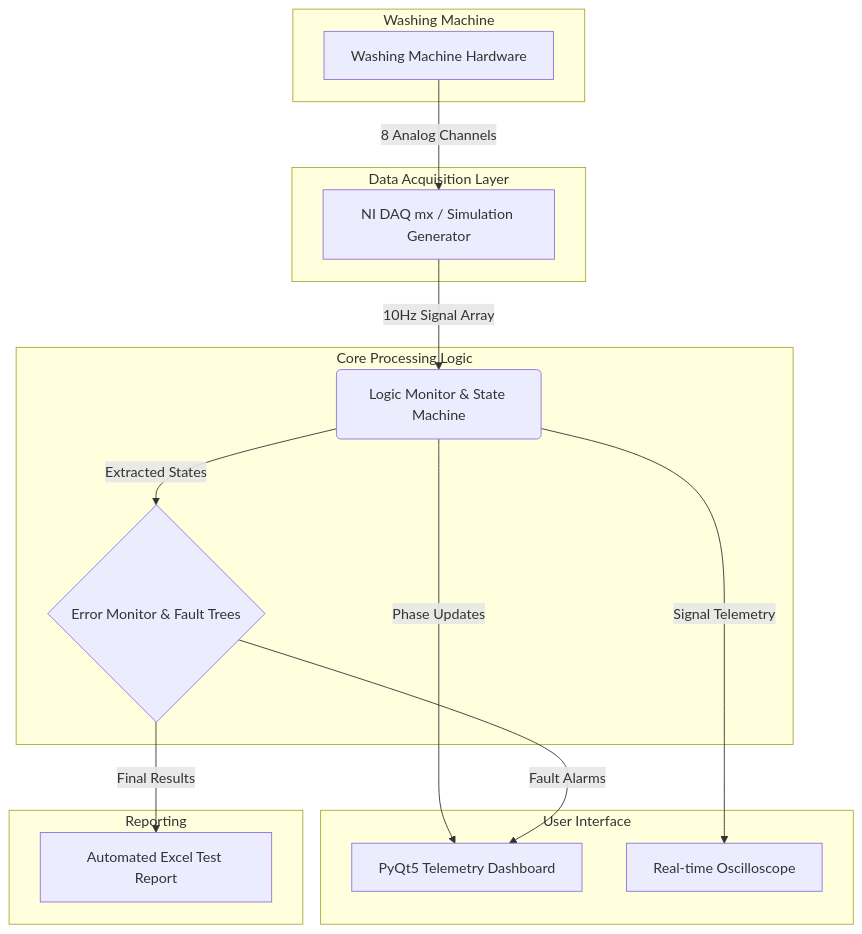
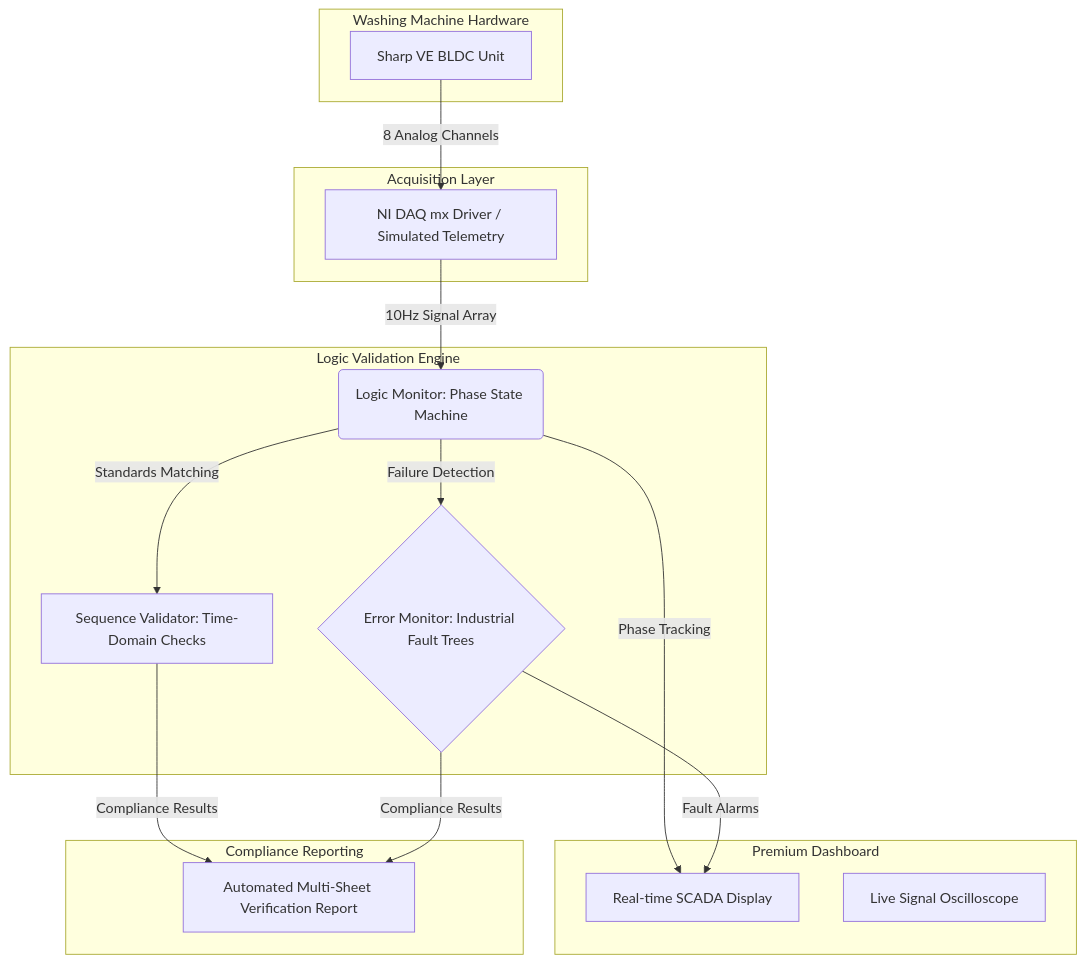
Before and after one commit to ziademad02153/WM-SHARP-BLCD-Automated-HIL-SYS: the first of 2 diagrams in README.md, drawn with Mermaid. The commit also changed other lines of this file and 7 other files, not shown here.

````diff
--- a/README.md
+++ b/README.md
@@ -19,32 +19,33 @@
 ```mermaid
 graph TD
-    subgraph Machine[Washing Machine]
-        HW[Washing Machine Hardware]
+    subgraph Machine[Washing Machine Hardware]
+        HW[Sharp VE BLDC Unit]
     end
 
-    subgraph DAQ[Data Acquisition Layer]
-        NI[NI DAQ mx / Simulation Generator]
+    subgraph DAQ[Acquisition Layer]
+        NI[NI DAQ mx Driver / Simulated Telemetry]
     end
     
-    subgraph Core[Core Processing Logic]
-        LM(Logic Monitor & State Machine)
-        EM{Error Monitor & Fault Trees}
+    subgraph Core[Logic Validation Engine]
+        LM(Logic Monitor: Phase State Machine)
+        SV[Sequence Validator: Time-Domain Checks]
+        EM{Error Monitor: Industrial Fault Trees}
     end
     
-    subgraph UI[User Interface]
-        Dashboard[PyQt5 Telemetry Dashboard]
-        Plot[Real-time Oscilloscope]
+    subgraph UI[Premium Dashboard]
+        Dashboard[Real-time SCADA Display]
+        Plot[Live Signal Oscilloscope]
     end
     
-    subgraph Output[Reporting]
-        Excel[Automated Excel Test Report]
+    subgraph Output[Compliance Reporting]
+        Excel[Automated Multi-Sheet Verification Report]
     end
 
     HW -- 8 Analog Channels --> NI
     NI -- 10Hz Signal Array --> LM
-    LM -- Phase Updates --> Dashboard
-    LM -- Signal Telemetry --> Plot
-    LM -- Extracted States --> EM
+    LM -- Phase Tracking --> Dashboard
+    LM -- Standards Matching --> SV
+    LM -- Failure Detection --> EM
     EM -- Fault Alarms --> Dashboard
-    EM -- Final Results --> Excel
+    SV & EM -- Compliance Results --> Excel
 ```
````
